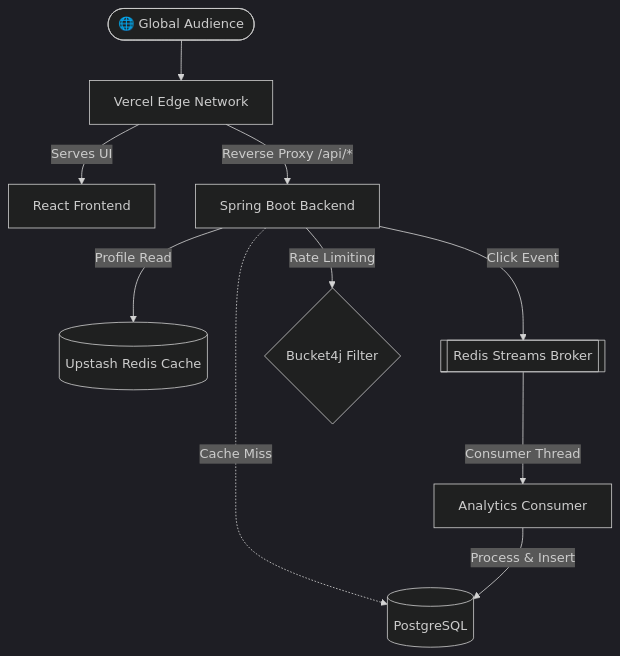
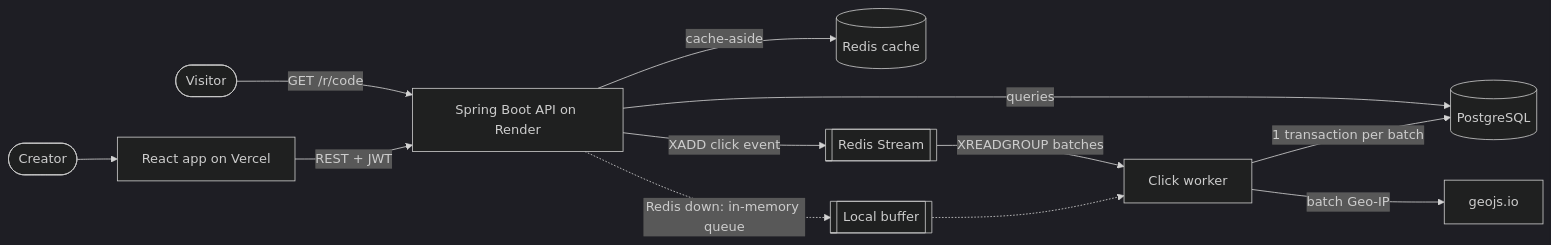
Before and after one commit to adocxwork/linkly: the diagram in README.md, drawn with Mermaid (dark theme). The commit also changed other lines of this file and 111 other files, not shown here.

````diff
--- a/README.md
+++ b/README.md
@@ -21,18 +22,12 @@
 ```mermaid
-graph TD
-    User([🌐 Global Audience]) --> Vercel[Vercel Edge Network]
-    Vercel -->|Serves UI| React[React Frontend]
-    Vercel -->|Reverse Proxy /api/*| Spring[Spring Boot Backend]
-    
-    %% Read Path
-    Spring -->|Profile Read| Cache[(Upstash Redis Cache)]
-    Spring -.->|Cache Miss| PG[(PostgreSQL)]
-    
-    %% Write Path (Analytics)
-    Spring -->|Click Event| RedisStream[[Redis Streams Broker]]
-    RedisStream -->|Consumer Thread| AnalyticsService[Analytics Consumer]
-    AnalyticsService -->|Process & Insert| PG
-    
-    %% Security
-    Spring -->|Rate Limiting| Bucket4j{Bucket4j Filter}
+flowchart LR
+    V([Visitor]) -->|GET /r/code| API
+    C([Creator]) --> FE[React app on Vercel] -->|REST + JWT| API[Spring Boot API on Render]
+    API -->|cache-aside| R[(Redis cache)]
+    API -->|queries| PG[(PostgreSQL)]
+    API -->|XADD click event| S[[Redis Stream]]
+    S -->|XREADGROUP batches| W[Click worker]
+    API -.->|Redis down: in-memory queue| Q[[Local buffer]] -.-> W
+    W -->|batch Geo-IP| G[geojs.io]
+    W -->|1 transaction per batch| PG
 ```
````
